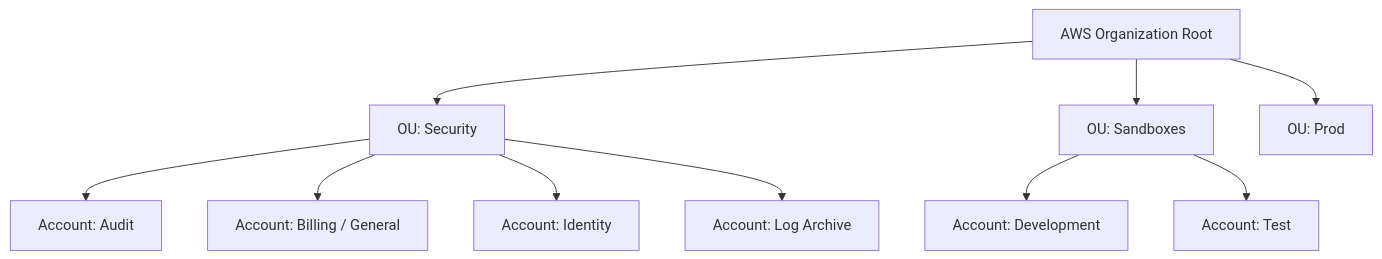
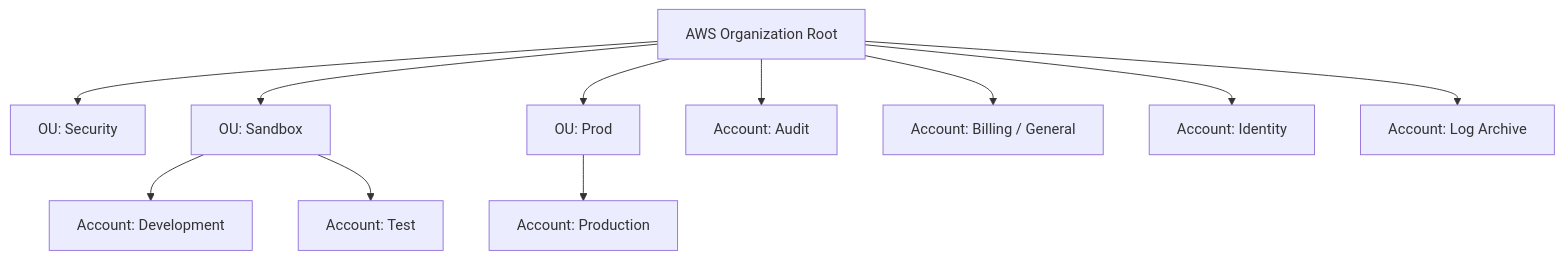
One commit to poc-playground/setup-aws-organization changed the diagram in README.md. Above: the diagram before and after it, drawn with Mermaid. The commit also changed other lines of this file, not shown here.

`````diff
--- a/README.md
+++ b/README.md
@@ -127,17 +115,18 @@
 ```mermaid
 graph TD
   OrgRoot["AWS Organization Root"]
 
   OrgRoot --> Security["OU: Security"]
-  OrgRoot --> Sandboxes["OU: Sandboxes"]
+  OrgRoot --> Sandbox["OU: Sandbox"]
   OrgRoot --> Prod["OU: Prod"]
 
-  Security --> Audit["Account: Audit"]
-  Security --> Billing["Account: Billing / General"]
-  Security --> Identity["Account: Identity"]
-  Security --> LogArchive["Account: Log Archive"]
+  OrgRoot --> Audit["Account: Audit"]
+  OrgRoot --> Billing["Account: Billing / General"]
+  OrgRoot --> Identity["Account: Identity"]
+  OrgRoot --> LogArchive["Account: Log Archive"]
 
-  Sandboxes --> Development["Account: Development"]
-  Sandboxes --> Test["Account: Test"]
+  Sandbox --> Development["Account: Development"]
+  Sandbox --> Test["Account: Test"]
+  Prod --> Production["Account: Production"]
 
 ````
`````
